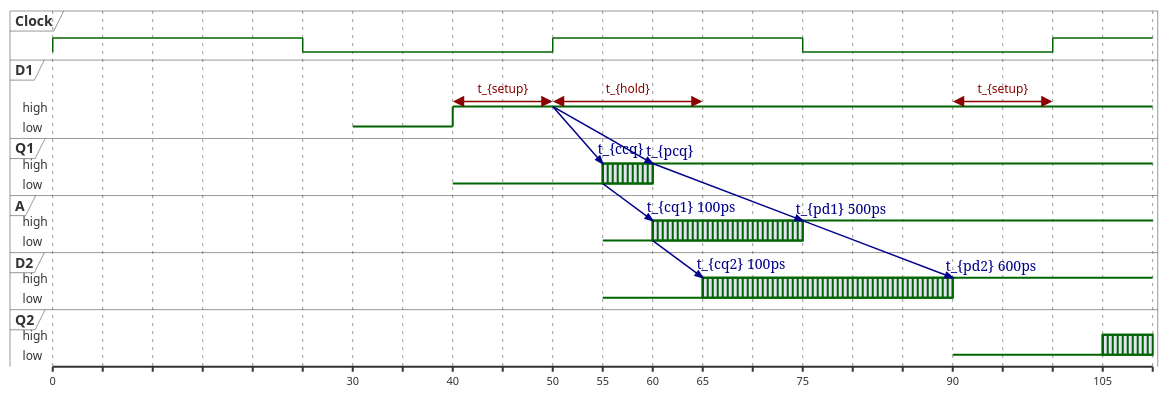
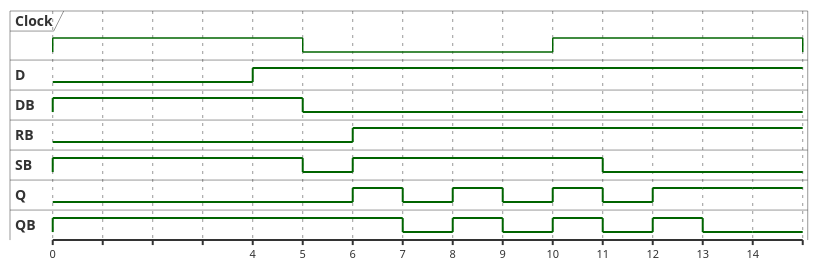
Before and after one commit to waridh/ece-403-assignment: the diagram in assignment-9/assignment-9.org, drawn with PlantUML. The commit also changed other lines of this file and 3 other files, not shown here.

```diff
--- a/assignment-9/assignment-9.org
+++ b/assignment-9/assignment-9.org
@@ -74,50 +71,62 @@
 #+begin_src plantuml :exports results :results file :file ./images/q2-timing.png
 @startuml
-clock "Clock" as clk with period 50
-robust "D1" as d1
-robust "Q1" as q1
-robust "A" as a
-robust "D2" as d2
-robust "Q2" as q2
+clock "Clock" as clk with period 10
+binary "D" as d
+binary "DB" as db
+binary "RB" as rb
+binary "SB" as sb
+binary "Q" as q
+binary "QB" as qb
 
-d1 has high,low
-q1 has high,low
-a has high,low
-d2 has high,low
-q2 has high,low
 @0
-d1 is {hidden}
-@30
-d1 is low
-@40
-d1 is high
-q1 is low
-d1@40 <-> @50 : t_{setup}
-@50
-d1@50 -> q1@55 : t_{ccq}
-d1 -> q1@60 : t_{pcq}
-d1@50 <-> @65 : t_{hold}
-@55
-q1 is {high,low}
-a is low
-d2 is low
-q1 -> a@60 : t_{cq1} 100ps
-@60
-q1 is high
-q1 -> a@75 : t_{pd1} 500ps
-a is {high,low}
-a -> d2@65 : t_{cq2} 100ps
-@65
-d2 is {high,low}
-@75
-a is high
-a -> d2@90 : t_{pd2} 600ps
-@90
-q2 is low
-d2 is high
-d1@90 <-> @100 : t_{setup}
+d is low
+sb is high
+db is high
+qb is high
 
-@105
-q2 is {high,low}
+@4
+d is high
+
+@5
+db is low
+sb is low
+
+@6
+sb is high
+rb is high
+q is high
+
+@7
+qb is low
+q is low
+
+@8
+qb is high
+q is high
+
+@9
+q is low
+qb is low
+
+@10
+q is high
+qb is high
+
+@11
+sb is low
+q is low
+qb is low
+
+@12
+q is high
+qb is high
+
+@13
+q is high
+qb is low
+
+@14
+q is high
+qb is low
 @enduml
 #+end_src
```
